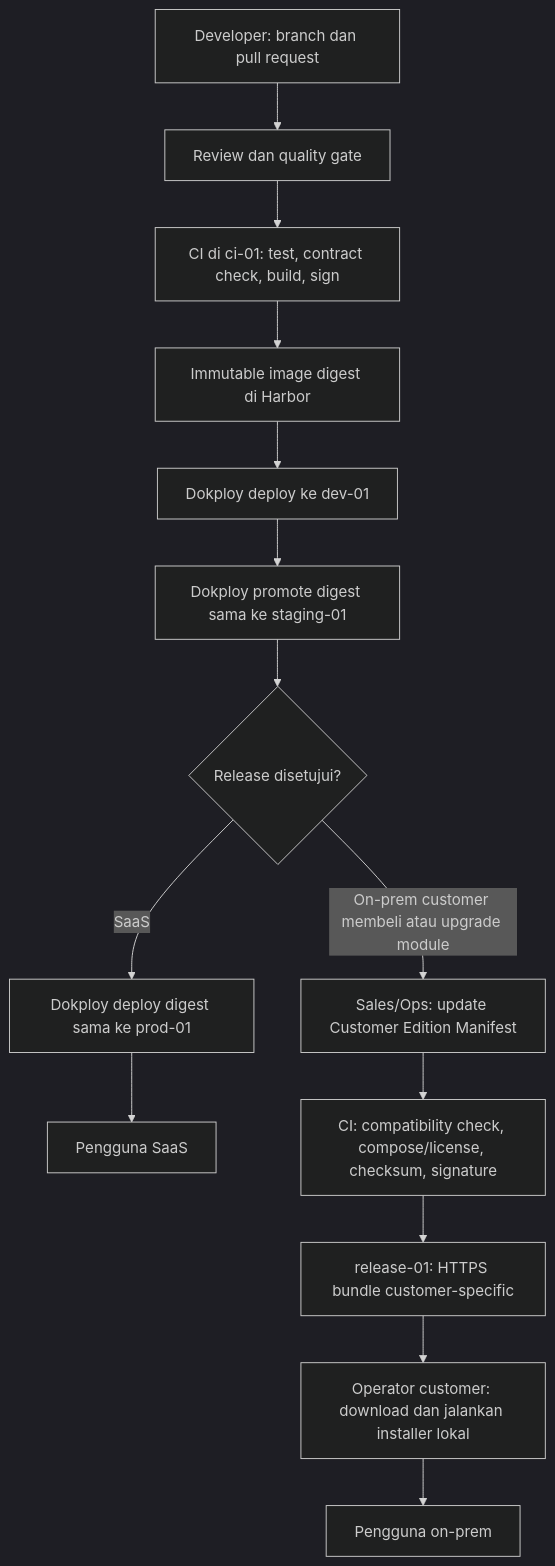
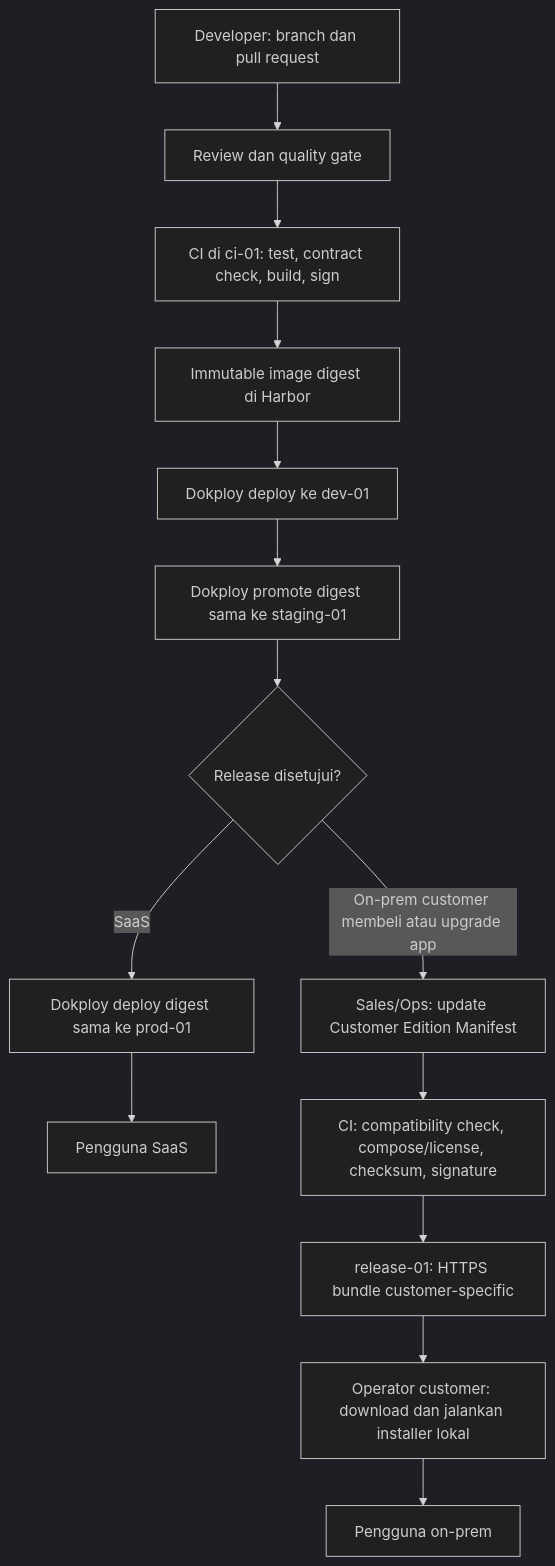
Before and after one commit to MettaDevs/coreERP: the diagram in docs/dev/03-release-and-on-prem.md, drawn with Mermaid (dark theme). The commit also changed other lines of this file and 120 other files, not shown here.

````diff
--- a/docs/dev/03-release-and-on-prem.md
+++ b/docs/dev/03-release-and-on-prem.md
@@ -62,18 +62,18 @@
 ```mermaid
 flowchart TD
     DEV[Developer: branch dan pull request] --> REVIEW[Review dan quality gate]
     REVIEW --> CI[CI di ci-01: test, contract check, build, sign]
     CI --> ART[Immutable image digest di Harbor]
     ART --> DEVENV[Dokploy deploy ke dev-01]
     DEVENV --> STAGE[Dokploy promote digest sama ke staging-01]
     STAGE --> APPROVE{Release disetujui?}
 
     APPROVE -->|SaaS| SAAS[Dokploy deploy digest sama ke prod-01]
     SAAS --> SaaSUsers[Pengguna SaaS]
 
-    APPROVE -->|On-prem customer membeli atau upgrade module| EDITION[Sales/Ops: update Customer Edition Manifest]
+    APPROVE -->|On-prem customer membeli atau upgrade app| EDITION[Sales/Ops: update Customer Edition Manifest]
     EDITION --> BUNDLE[CI: compatibility check, compose/license, checksum, signature]
     BUNDLE --> DOWNLOAD[release-01: HTTPS bundle customer-specific]
     DOWNLOAD --> CUSTOMER[Operator customer: download dan jalankan installer lokal]
     CUSTOMER --> OnPremUsers[Pengguna on-prem]
 ```
````
